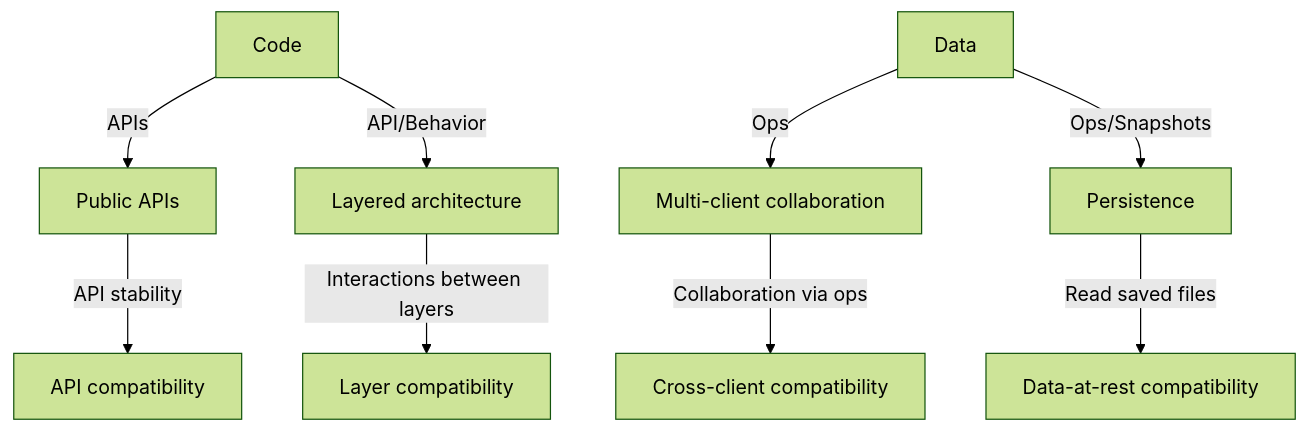
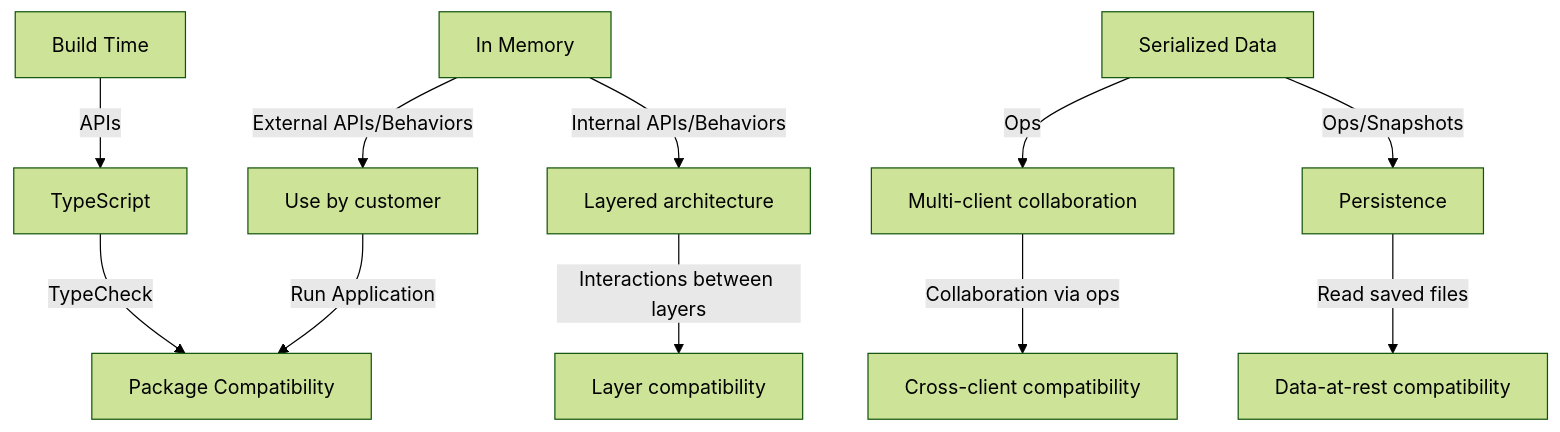
Before and after one commit to microsoft/FluidFramework: the first of 3 diagrams in FluidCompatibilityConsiderations.md, drawn with Mermaid (forest theme). The commit also changed other lines of this file, not shown here.

Commit message:
Revise Fluid Framework Compatibility Considerations

````diff
--- a/FluidCompatibilityConsiderations.md
+++ b/FluidCompatibilityConsiderations.md
@@ -12,12 +13,15 @@
 ```mermaid
 flowchart TD
-    A[Code] --APIs--> B[Public APIs]
-        B --API stability--> C[API compatibility]
-    A --API/Behavior--> D[Layered architecture]
-        D --Interactions between layers--> E[Layer compatibility]
+    BuildTime[Build Time] --APIs--> TypeScript
+        TypeScript --TypeCheck--> PackageCompat[Package Compatibility]
 
-    F[Data] --Ops--> G[Multi-client collaboration]
-        G --Collaboration via ops--> J[Cross-client compatibility]
-    F --Ops/Snapshots--> I[Persistence]
-        I --Read saved files--> H[Data-at-rest compatibility]
+    InMemory[In Memory] --External APIs/Behaviors--> CustomerUse[Use by customer]
+        CustomerUse --Run Application--> PackageCompat
+    InMemory --Internal APIs/Behaviors--> LayeredArch[Layered architecture]
+        LayeredArch --Interactions between layers--> LayerCompat[Layer compatibility]
+
+    SerializedData[Serialized Data] --Ops--> MultiClient[Multi-client collaboration]
+        MultiClient --Collaboration via ops--> CrossClientCompat[Cross-client compatibility]
+    SerializedData --Ops/Snapshots--> Persistence[Persistence]
+        Persistence --Read saved files--> DataAtRestCompat[Data-at-rest compatibility]
 ```
````
